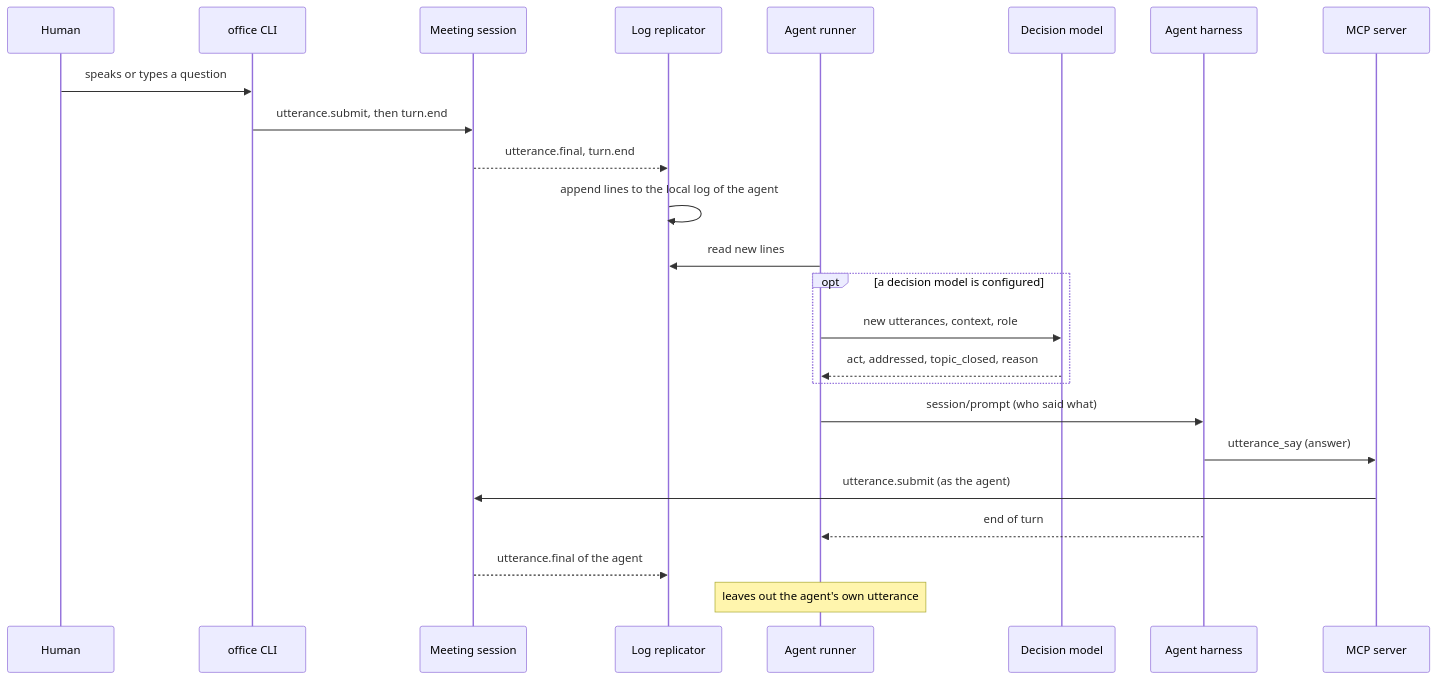
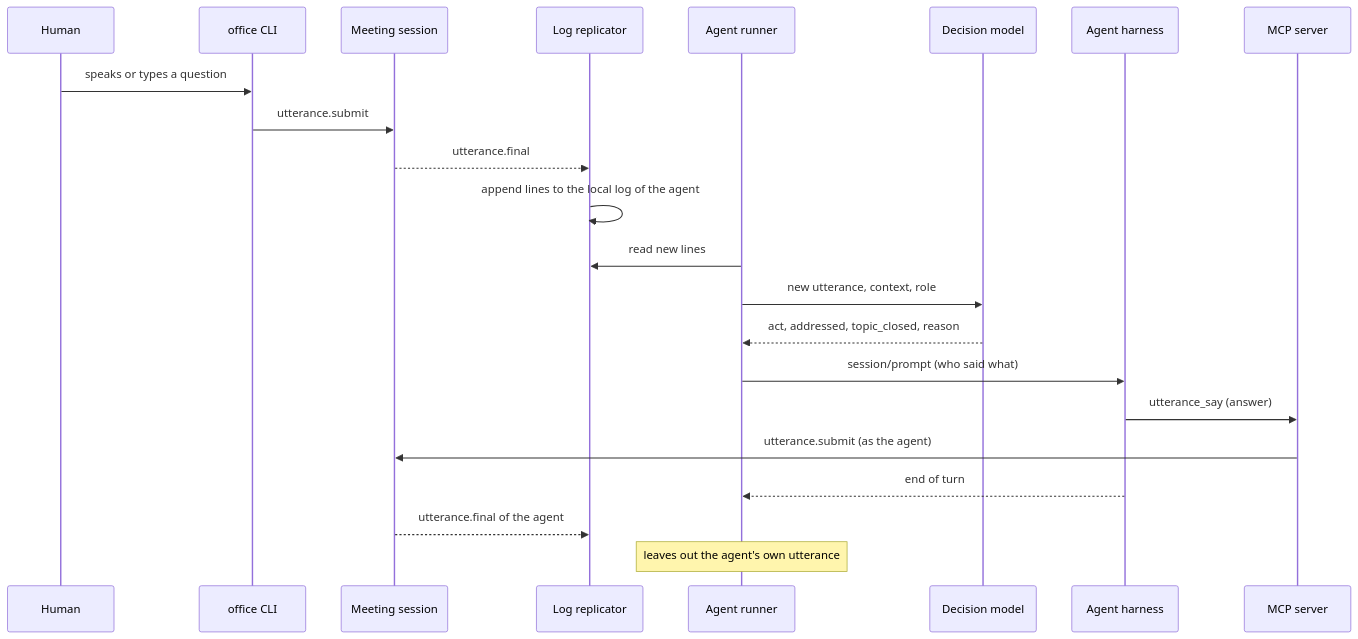
One commit to mrsimpson/agentic-office changed the ninth of 9 diagrams in docs/architecture/06-runtime-view.arc42.md. Above: the diagram before and after it, drawn with Mermaid. The commit also changed other lines of this file and 8 other files, not shown here.

First line of the commit message:
Agent runner: check after each utterance whether to wake the agent

````diff
--- a/docs/architecture/06-runtime-view.arc42.md
+++ b/docs/architecture/06-runtime-view.arc42.md
@@ -452,26 +453,24 @@
 ```mermaid
 sequenceDiagram
     participant actor_human as Human
     participant bb_cli as office CLI
     participant bb_session as Meeting session
     participant bb_replicator as Log replicator
     participant bb_agent_runner as Agent runner
     participant actor_decision_model as Decision model
     participant actor_agent as Agent harness
     participant bb_mcp as MCP server
     actor_human->>bb_cli: speaks or types a question
-    bb_cli->>bb_session: utterance.submit, then turn.end
-    bb_session-->>bb_replicator: utterance.final, turn.end
+    bb_cli->>bb_session: utterance.submit
+    bb_session-->>bb_replicator: utterance.final
     bb_replicator->>bb_replicator: append lines to the local log of the agent
     bb_agent_runner->>bb_replicator: read new lines
-    opt a decision model is configured
-        bb_agent_runner->>actor_decision_model: new utterances, context, role
-        actor_decision_model-->>bb_agent_runner: act, addressed, topic_closed, reason
-    end
+    bb_agent_runner->>actor_decision_model: new utterance, context, role
+    actor_decision_model-->>bb_agent_runner: act, addressed, topic_closed, reason
     bb_agent_runner->>actor_agent: session/prompt (who said what)
     actor_agent->>bb_mcp: utterance_say (answer)
     bb_mcp->>bb_session: utterance.submit (as the agent)
     actor_agent-->>bb_agent_runner: end of turn
     bb_session-->>bb_replicator: utterance.final of the agent
     Note over bb_agent_runner: leaves out the agent's own utterance
 ```
````
